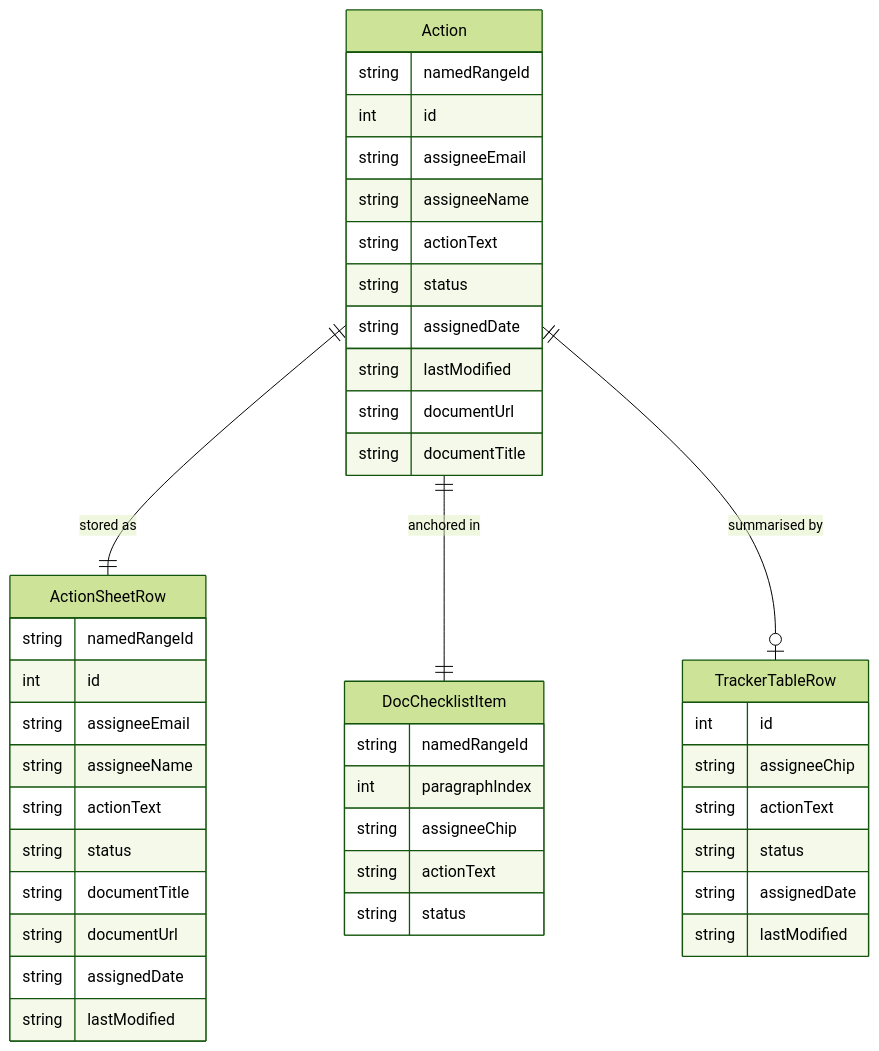
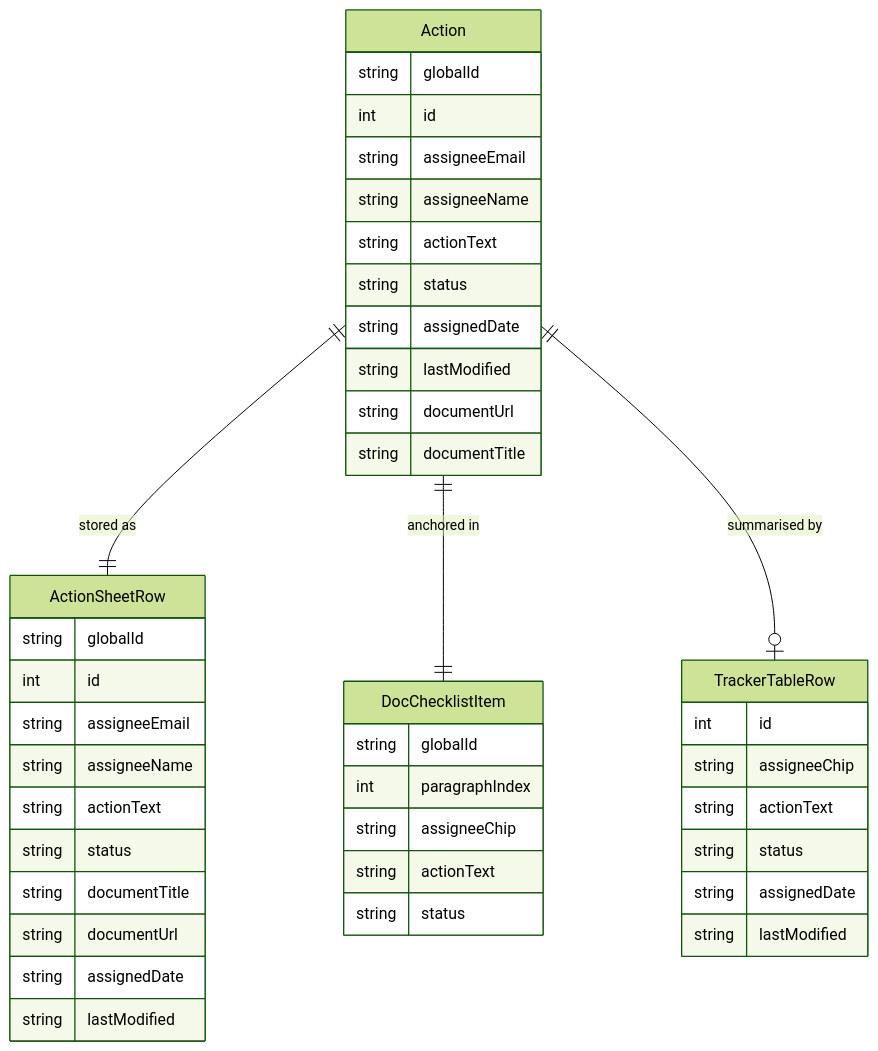
The third of 7 diagrams in docs/DESIGN.md (stuartdonaldson/GActionSheet), drawn with Mermaid (forest theme) before and after one commit. The commit also changed other lines of this file and 81 other files, not shown here.

````diff
--- a/docs/DESIGN.md
+++ b/docs/DESIGN.md
@@ -184,46 +278,46 @@
 ```mermaid
 erDiagram
     Action {
-        string  namedRangeId
+        string  globalId
         int     id
         string  assigneeEmail
         string  assigneeName
         string  actionText
         string  status
         string  assignedDate
         string  lastModified
         string  documentUrl
         string  documentTitle
     }
     ActionSheetRow {
-        string  namedRangeId
+        string  globalId
         int     id
         string  assigneeEmail
         string  assigneeName
         string  actionText
         string  status
         string  documentTitle
         string  documentUrl
         string  assignedDate
         string  lastModified
     }
     DocChecklistItem {
-        string  namedRangeId
+        string  globalId
         int     paragraphIndex
         string  assigneeChip
         string  actionText
         string  status
     }
     TrackerTableRow {
         int     id
         string  assigneeChip
         string  actionText
         string  status
         string  assignedDate
         string  lastModified
     }
 
     Action ||--|| ActionSheetRow : "stored as"
     Action ||--|| DocChecklistItem : "anchored in"
     Action ||--o| TrackerTableRow : "summarised by"
 ```
````
